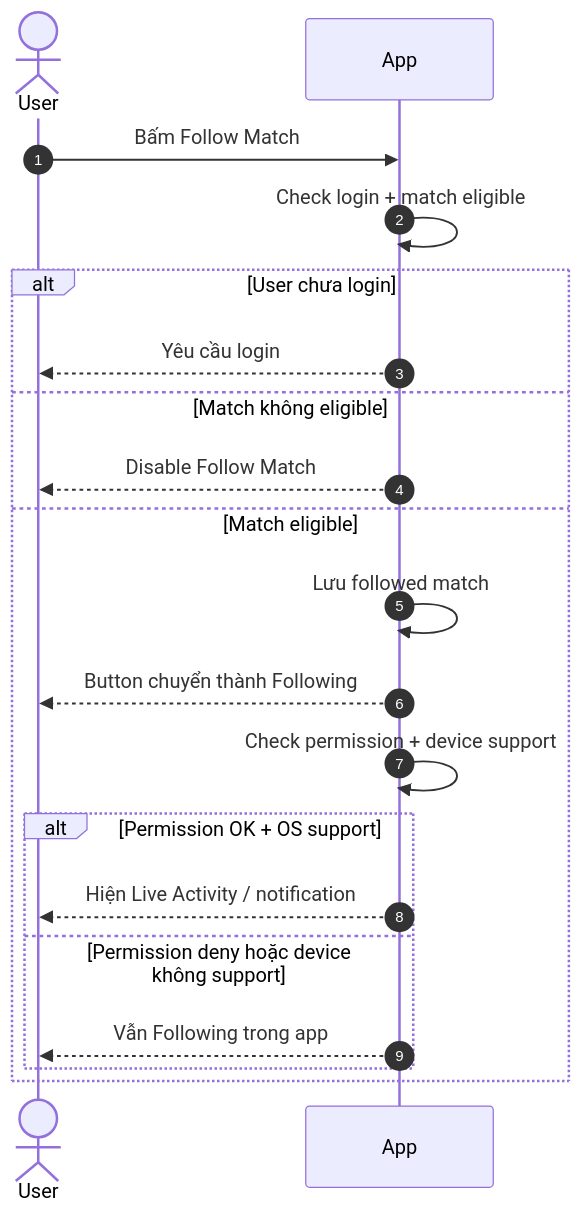
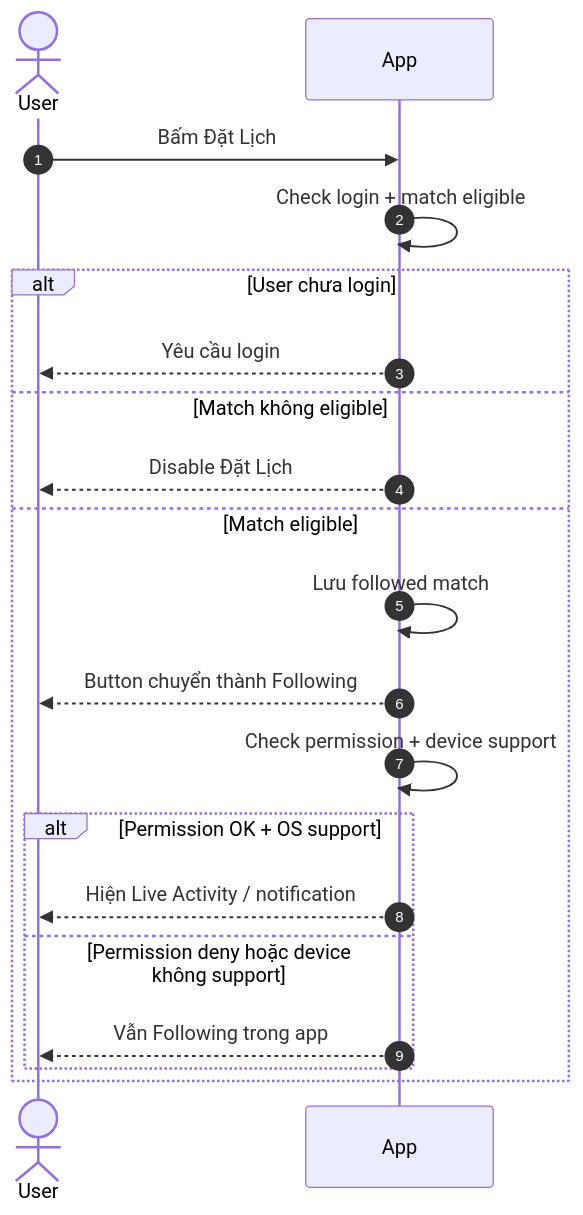
The first of 4 diagrams in features/final-docs/Sport-Zone/Live-Activity/product/live-activity-user-flows-functional-requirements.md (duongdang1136/FPTPLay), drawn with Mermaid before and after one commit. The commit also changed other lines of this file, not shown here.

````diff
--- a/features/final-docs/Sport-Zone/Live-Activity/product/live-activity-user-flows-functional-requirements.md
+++ b/features/final-docs/Sport-Zone/Live-Activity/product/live-activity-user-flows-functional-requirements.md
@@ -221,26 +223,26 @@
 ```mermaid
 sequenceDiagram
     autonumber
 
     actor User as User
     participant App
 
-    User->>App: Bấm Follow Match
+    User->>App: Bấm Đặt Lịch
     App->>App: Check login + match eligible
 
     alt User chưa login
         App-->>User: Yêu cầu login
     else Match không eligible
-        App-->>User: Disable Follow Match
+        App-->>User: Disable Đặt Lịch
     else Match eligible
         App->>App: Lưu followed match
         App-->>User: Button chuyển thành Following
         App->>App: Check permission + device support
 
         alt Permission OK + OS support
             App-->>User: Hiện Live Activity / notification
         else Permission deny hoặc device không support
             App-->>User: Vẫn Following trong app
         end
     end
 ```
````
